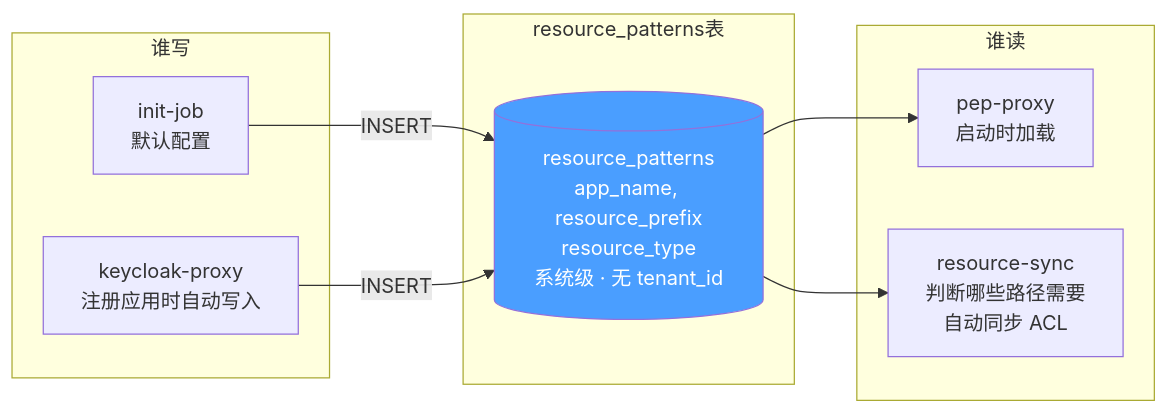
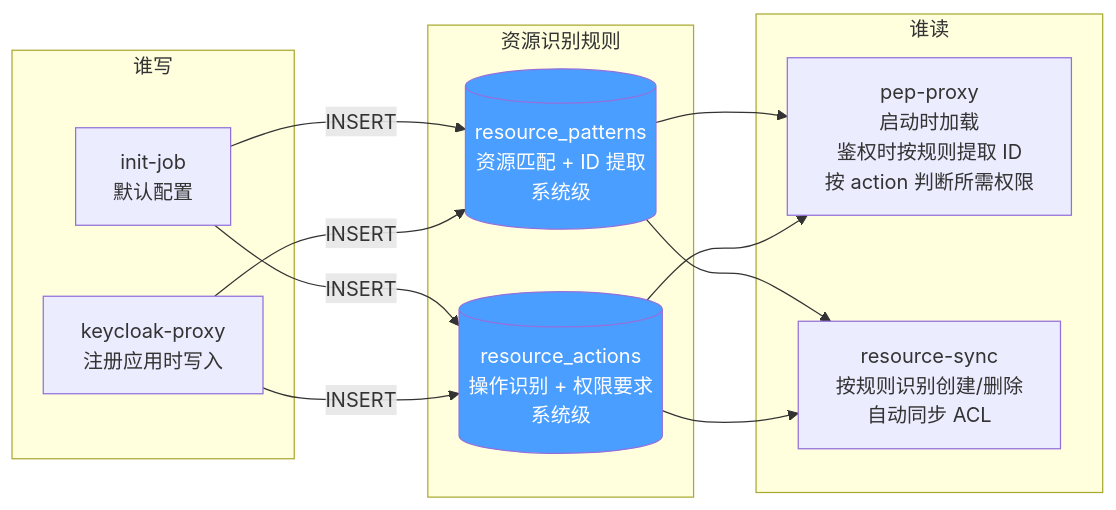
Before and after one commit to xiewanchao/aidp-iam: the fourth of 11 diagrams in diagrams/data-storage.md, drawn with Mermaid. The commit also changed other lines of this file and 2 other files, not shown here.

First line of the commit message:
docs: add app integration guide and flexible API adaptation design

````diff
--- a/diagrams/data-storage.md
+++ b/diagrams/data-storage.md
@@ -251,23 +298,29 @@
 ```mermaid
 flowchart LR
     subgraph 谁写
         INIT[init-job<br/>默认配置]
-        KP[keycloak-proxy<br/>注册应用时自动写入]
+        KP[keycloak-proxy<br/>注册应用时写入]
     end
 
-    subgraph resource_patterns表
-        RP[(resource_patterns<br/>app_name, resource_prefix<br/>resource_type<br/>系统级 · 无 tenant_id)]
+    subgraph 资源识别规则
+        RP[(resource_patterns<br/>资源匹配 + ID 提取<br/>系统级)]
+        RA[(resource_actions<br/>操作识别 + 权限要求<br/>系统级)]
     end
 
     subgraph 谁读
-        PEP[pep-proxy<br/>启动时加载]
-        RS[resource-sync<br/>判断哪些路径需要<br/>自动同步 ACL]
+        PEP[pep-proxy<br/>启动时加载<br/>鉴权时按规则提取 ID<br/>按 action 判断所需权限]
+        RS[resource-sync<br/>按规则识别创建/删除<br/>自动同步 ACL]
     end
 
     INIT -->|INSERT| RP
+    INIT -->|INSERT| RA
     KP -->|INSERT| RP
+    KP -->|INSERT| RA
     RP --> PEP
+    RA --> PEP
     RP --> RS
+    RA --> RS
 
     style RP fill:#4a9eff,color:#fff
+    style RA fill:#4a9eff,color:#fff
 ```
````
